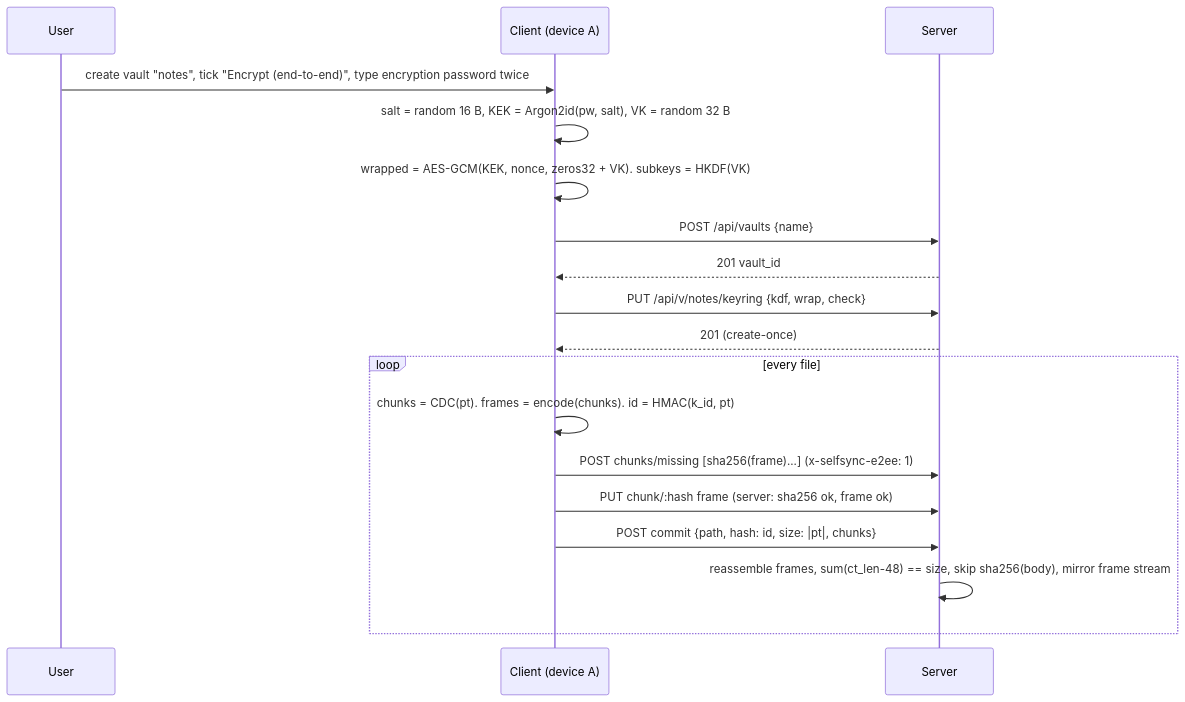
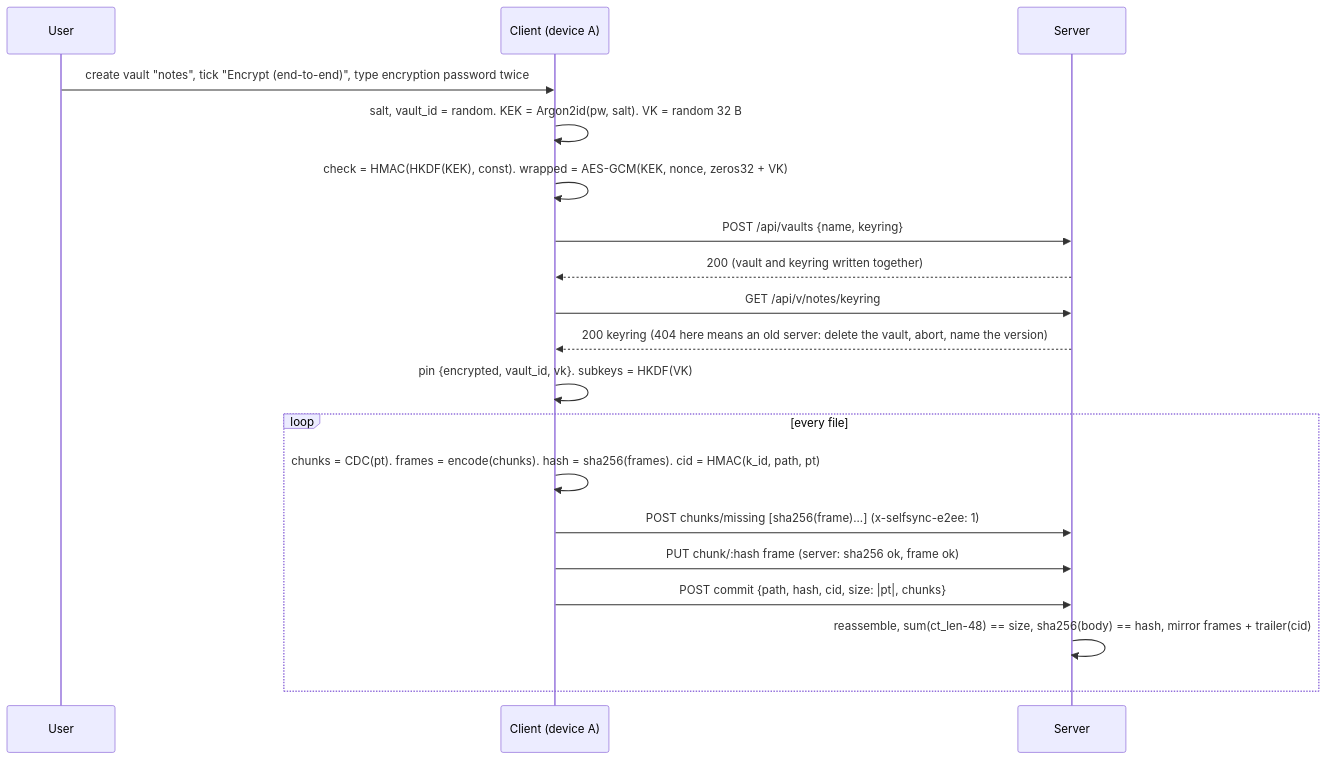
The second of 4 diagrams in docs/design/specs/2026-11-10-e2ee-design.md (williamweatherholtz/obsidian-selfsync), drawn with Mermaid before and after one commit. The commit also changed other lines of this file and 19 other files, not shown here.

````diff
--- a/docs/design/specs/2026-11-10-e2ee-design.md
+++ b/docs/design/specs/2026-11-10-e2ee-design.md
@@ -217,20 +298,21 @@
 ```mermaid
 sequenceDiagram
     participant U as User
     participant C as Client (device A)
     participant S as Server
     U->>C: create vault "notes", tick "Encrypt (end-to-end)", type encryption password twice
-    C->>C: salt = random 16 B, KEK = Argon2id(pw, salt), VK = random 32 B
-    C->>C: wrapped = AES-GCM(KEK, nonce, zeros32 + VK). subkeys = HKDF(VK)
-    C->>S: POST /api/vaults {name}
-    S-->>C: 201 vault_id
-    C->>S: PUT /api/v/notes/keyring {kdf, wrap, check}
-    S-->>C: 201 (create-once)
+    C->>C: salt, vault_id = random. KEK = Argon2id(pw, salt). VK = random 32 B
+    C->>C: check = HMAC(HKDF(KEK), const). wrapped = AES-GCM(KEK, nonce, zeros32 + VK)
+    C->>S: POST /api/vaults {name, keyring}
+    S-->>C: 200 (vault and keyring written together)
+    C->>S: GET /api/v/notes/keyring
+    S-->>C: 200 keyring (404 here means an old server: delete the vault, abort, name the version)
+    C->>C: pin {encrypted, vault_id, vk}. subkeys = HKDF(VK)
     loop every file
-        C->>C: chunks = CDC(pt). frames = encode(chunks). id = HMAC(k_id, pt)
+        C->>C: chunks = CDC(pt). frames = encode(chunks). hash = sha256(frames). cid = HMAC(k_id, path, pt)
         C->>S: POST chunks/missing [sha256(frame)...]   (x-selfsync-e2ee: 1)
         C->>S: PUT chunk/:hash frame  (server: sha256 ok, frame ok)
-        C->>S: POST commit {path, hash: id, size: |pt|, chunks}
-        S->>S: reassemble frames, sum(ct_len-48) == size, skip sha256(body), mirror frame stream
+        C->>S: POST commit {path, hash, cid, size: |pt|, chunks}
+        S->>S: reassemble, sum(ct_len-48) == size, sha256(body) == hash, mirror frames + trailer(cid)
     end
 ```
````
